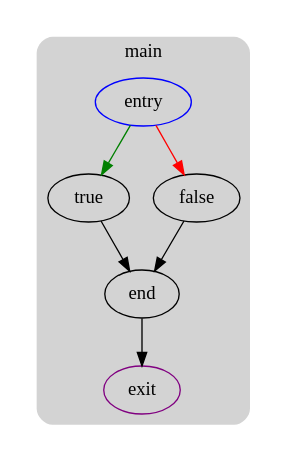
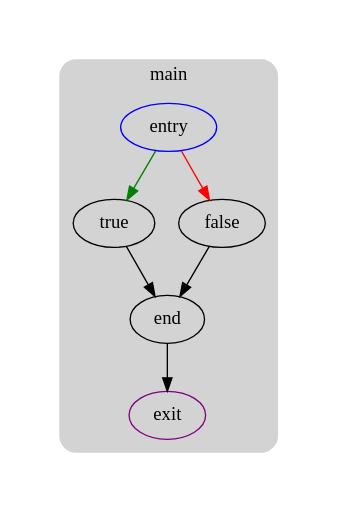
Before and after one commit to UnsignedByte/6120: the diagram in playground/branch.cfg.dot, drawn with Graphviz. The commit also changed 76 other files, not shown here.

Commit message:
add margin around graphs

```diff
--- a/playground/branch.cfg.dot
+++ b/playground/branch.cfg.dot
@@ -1,22 +1,28 @@
 digraph G {
   compound=true
   subgraph cluster_ {
     peripheries=0
-    subgraph cluster_0 {
-      label="main"
-      color=darkgray
-      style=rounded
-      bgcolor=lightgray
-      cluster_0_0[label="entry",shape=oval,color=blue,rank=source]
-      cluster_0_1[label="true",shape=oval]
-      cluster_0_2[label="false",shape=oval]
-      cluster_0_3[label="end",shape=oval]
-      cluster_0_exit[label=exit,color=purple,rank=sink]
-      cluster_0_0 -> cluster_0_1 [color=green]
-      cluster_0_0 -> cluster_0_2 [color=red]
-      cluster_0_1 -> cluster_0_3
-      cluster_0_2 -> cluster_0_3
-      cluster_0_3 -> cluster_0_exit [color=black]
+    margin=10
+    subgraph cluster_0_wrapper {
+      peripheries=0
+      margin=15
+      subgraph cluster_0 {
+        label="main"
+        color=darkgray
+        style=rounded
+        bgcolor=lightgray
+        margin=10
+        cluster_0_0[label="entry",shape=oval,color=blue,rank=source]
+        cluster_0_1[label="true",shape=oval]
+        cluster_0_2[label="false",shape=oval]
+        cluster_0_3[label="end",shape=oval]
+        cluster_0_exit[label=exit,color=purple,rank=sink]
+        cluster_0_0 -> cluster_0_1 [color=green]
+        cluster_0_0 -> cluster_0_2 [color=red]
+        cluster_0_1 -> cluster_0_3
+        cluster_0_2 -> cluster_0_3
+        cluster_0_3 -> cluster_0_exit [color=black]
+      }
     }
   }
 }
```
